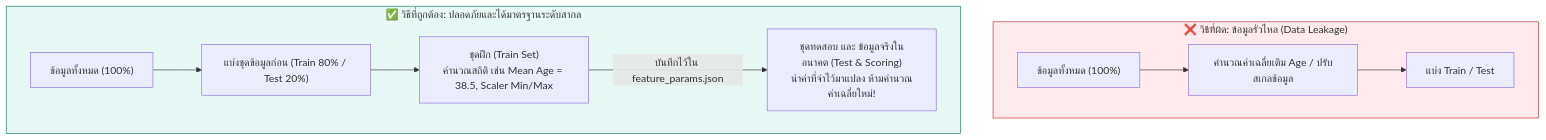
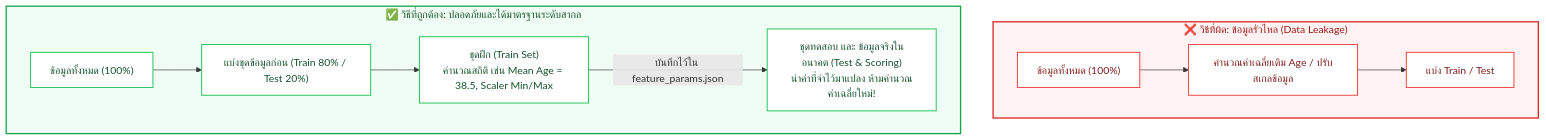
The second of 2 diagrams in docs/04-data-wrangler.md (DataFabric-Academy/ms-fabric-data-science), drawn with Mermaid before and after one commit. The commit also changed other lines of this file and 6 other files, not shown here.

````diff
--- a/docs/04-data-wrangler.md
+++ b/docs/04-data-wrangler.md
@@ -42,15 +42,23 @@
 ```mermaid
 flowchart TD
-    subgraph Bad["❌ วิธีที่ผิด: ข้อมูลรั่วไหล (Data Leakage)"]
+    subgraph Bad ["❌ วิธีที่ผิด: ข้อมูลรั่วไหล (Data Leakage)"]
         A1["ข้อมูลทั้งหมด (100%)"] --> B1["คำนวณค่าเฉลี่ยเติม Age / ปรับสเกลข้อมูล"]
         B1 --> C1["แบ่ง Train / Test"]
-        style Bad fill:#ffebee,stroke:#c62828
     end
 
-    subgraph Good["✅ วิธีที่ถูกต้อง: ปลอดภัยและได้มาตรฐานระดับสากล"]
+    subgraph Good ["✅ วิธีที่ถูกต้อง: ปลอดภัยและได้มาตรฐานระดับสากล"]
         A2["ข้อมูลทั้งหมด (100%)"] --> B2["แบ่งชุดข้อมูลก่อน (Train 80% / Test 20%)"]
         B2 --> C2["ชุดฝึก (Train Set)<br/>คำนวณสถิติ เช่น Mean Age = 38.5, Scaler Min/Max"]
         C2 -->|บันทึกไว้ใน feature_params.json| D2["ชุดทดสอบ และ ข้อมูลจริงในอนาคต (Test & Scoring)<br/>นำค่าที่จำไว้มาแปลง ห้ามคำนวณค่าเฉลี่ยใหม่!"]
-        style Good fill:#e8f8f5,stroke:#117a65
     end
+
+    classDef badBox fill:#fef2f2,stroke:#dc2626,stroke-width:2px,color:#991b1b;
+    classDef badNode fill:#ffffff,stroke:#ef4444,stroke-width:1.5px,color:#7f1d1d;
+    classDef goodBox fill:#f0fdf4,stroke:#16a34a,stroke-width:2px,color:#14532d;
+    classDef goodNode fill:#ffffff,stroke:#22c55e,stroke-width:1.5px,color:#14532d;
+
+    class Bad badBox;
+    class A1,B1,C1 badNode;
+    class Good goodBox;
+    class A2,B2,C2,D2 goodNode;
 ```
````
